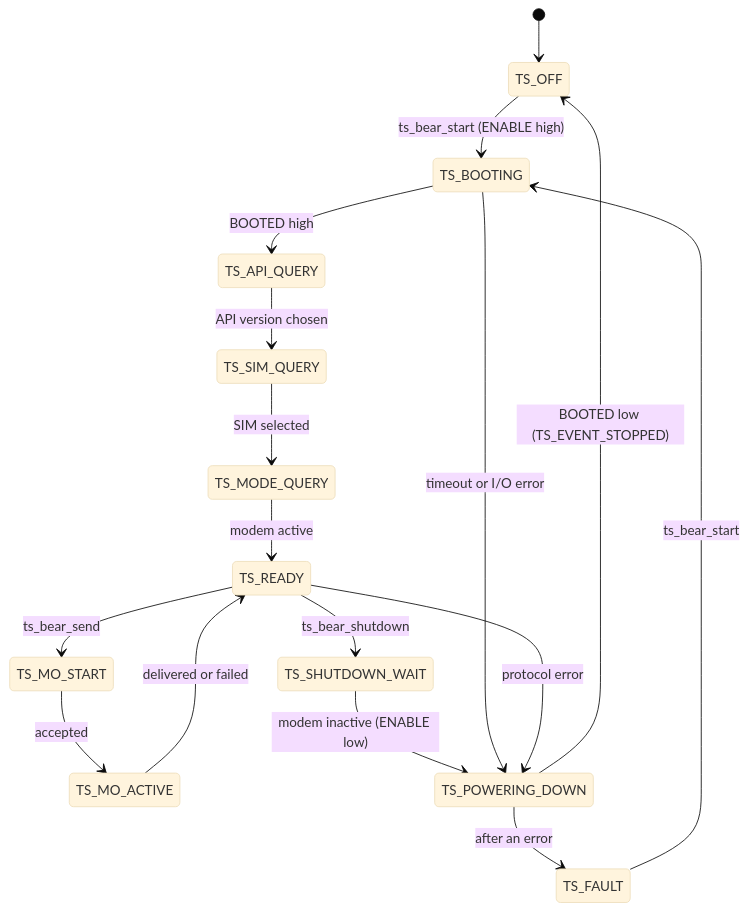
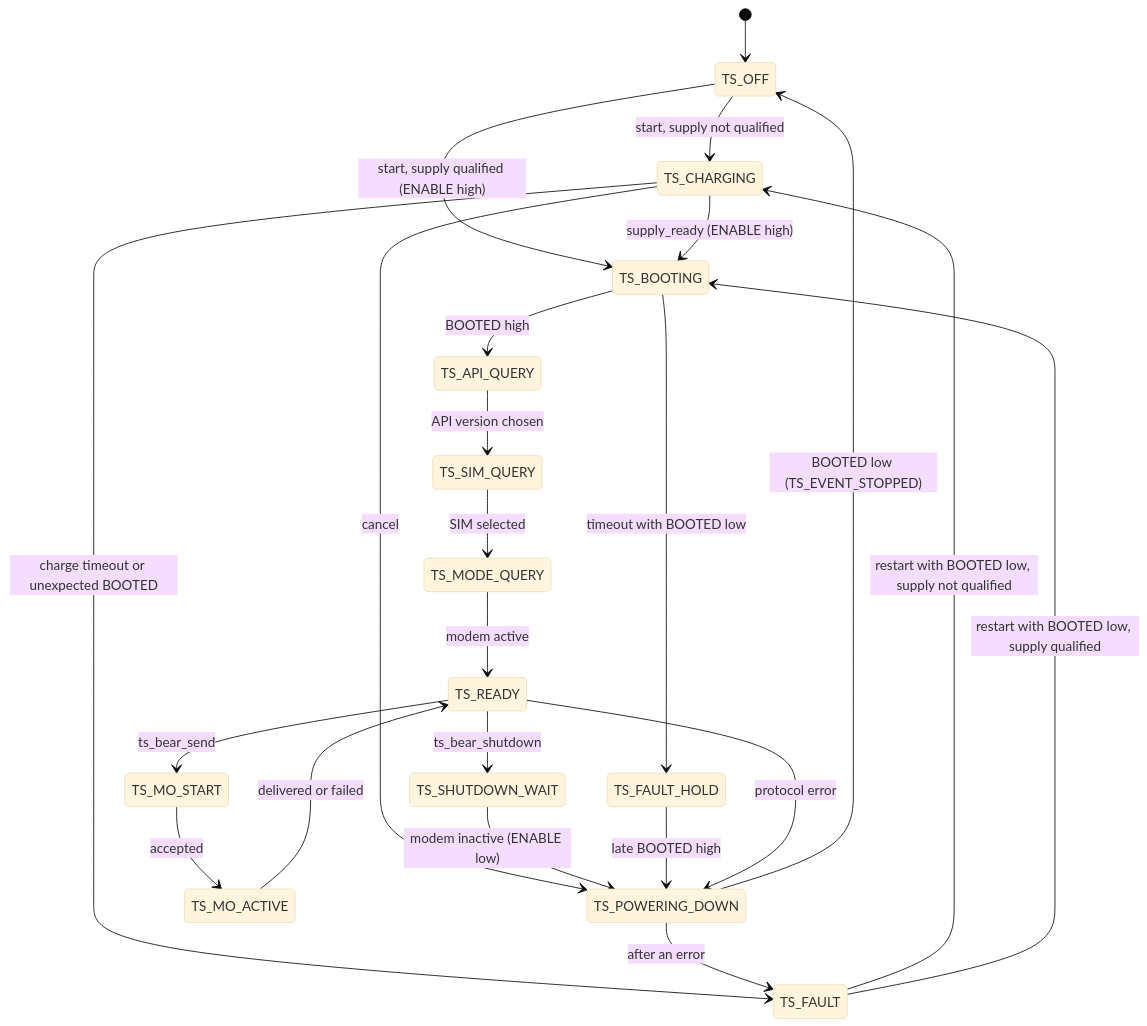
The diagram in Telemetry_Station_SDK/docs/DESIGN.md (Telemetry-Station/sdk), drawn with Mermaid (base theme) before and after one commit. The commit also changed other lines of this file and 9 other files, not shown here.

````diff
--- a/Telemetry_Station_SDK/docs/DESIGN.md
+++ b/Telemetry_Station_SDK/docs/DESIGN.md
@@ -42,19 +42,25 @@
 ```mermaid
 stateDiagram-v2
     [*] --> TS_OFF
-    TS_OFF --> TS_BOOTING: ts_bear_start (ENABLE high)
+    TS_OFF --> TS_CHARGING: start, supply not qualified
+    TS_OFF --> TS_BOOTING: start, supply qualified (ENABLE high)
+    TS_CHARGING --> TS_BOOTING: supply_ready (ENABLE high)
+    TS_CHARGING --> TS_FAULT: charge timeout or unexpected BOOTED
+    TS_CHARGING --> TS_POWERING_DOWN: cancel
     TS_BOOTING --> TS_API_QUERY: BOOTED high
     TS_API_QUERY --> TS_SIM_QUERY: API version chosen
     TS_SIM_QUERY --> TS_MODE_QUERY: SIM selected
     TS_MODE_QUERY --> TS_READY: modem active
     TS_READY --> TS_MO_START: ts_bear_send
     TS_MO_START --> TS_MO_ACTIVE: accepted
     TS_MO_ACTIVE --> TS_READY: delivered or failed
     TS_READY --> TS_SHUTDOWN_WAIT: ts_bear_shutdown
     TS_SHUTDOWN_WAIT --> TS_POWERING_DOWN: modem inactive (ENABLE low)
     TS_POWERING_DOWN --> TS_OFF: BOOTED low (TS_EVENT_STOPPED)
-    TS_BOOTING --> TS_POWERING_DOWN: timeout or I/O error
+    TS_BOOTING --> TS_FAULT_HOLD: timeout with BOOTED low
+    TS_FAULT_HOLD --> TS_POWERING_DOWN: late BOOTED high
     TS_READY --> TS_POWERING_DOWN: protocol error
     TS_POWERING_DOWN --> TS_FAULT: after an error
-    TS_FAULT --> TS_BOOTING: ts_bear_start
+    TS_FAULT --> TS_CHARGING: restart with BOOTED low, supply not qualified
+    TS_FAULT --> TS_BOOTING: restart with BOOTED low, supply qualified
 ```
````
